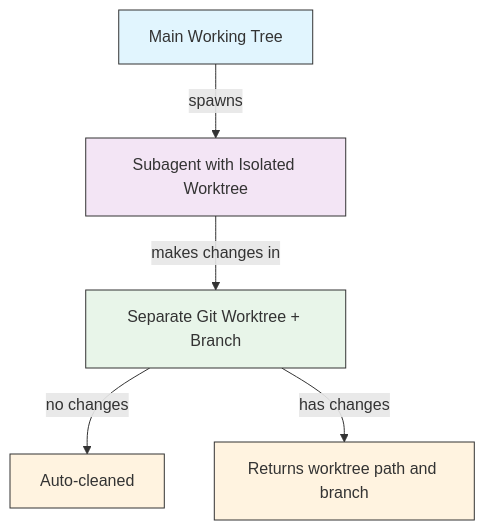
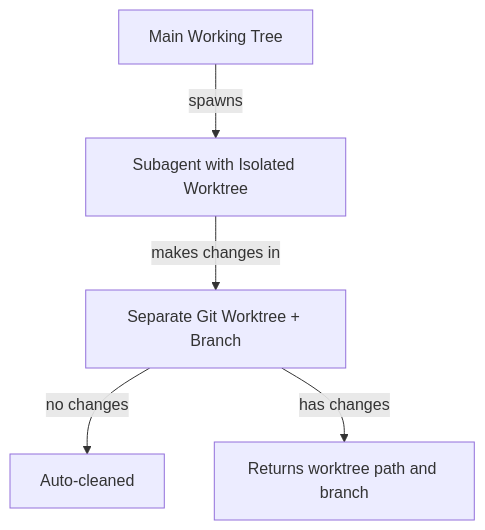
The second of 7 diagrams in claude-howto-zh/04-subagents/README.md (Rx782-Fss/claude-howto-zh), drawn with Mermaid before and after one commit. The commit also changed other lines of this file and 9 other files, not shown here.

Commit message:
fix: 清除 Mermaid style 行(105处)和节点标签数字列表格式(17处)，修复 Obsidian/GitHub 'Unsupported markdown: list' 渲染错误

````diff
--- a/claude-howto-zh/04-subagents/README.md
+++ b/claude-howto-zh/04-subagents/README.md
@@ -511,13 +507,8 @@
 ```mermaid
 graph TB
     Main["Main Working Tree"] -->|spawns| Sub["Subagent with Isolated Worktree"]
     Sub -->|makes changes in| WT["Separate Git Worktree + Branch"]
     WT -->|no changes| Clean["Auto-cleaned"]
     WT -->|has changes| Return["Returns worktree path and branch"]
 
-    style Main fill:#e1f5fe,stroke:#333,color:#333
-    style Sub fill:#f3e5f5,stroke:#333,color:#333
-    style WT fill:#e8f5e9,stroke:#333,color:#333
-    style Clean fill:#fff3e0,stroke:#333,color:#333
-    style Return fill:#fff3e0,stroke:#333,color:#333
 ```
````
